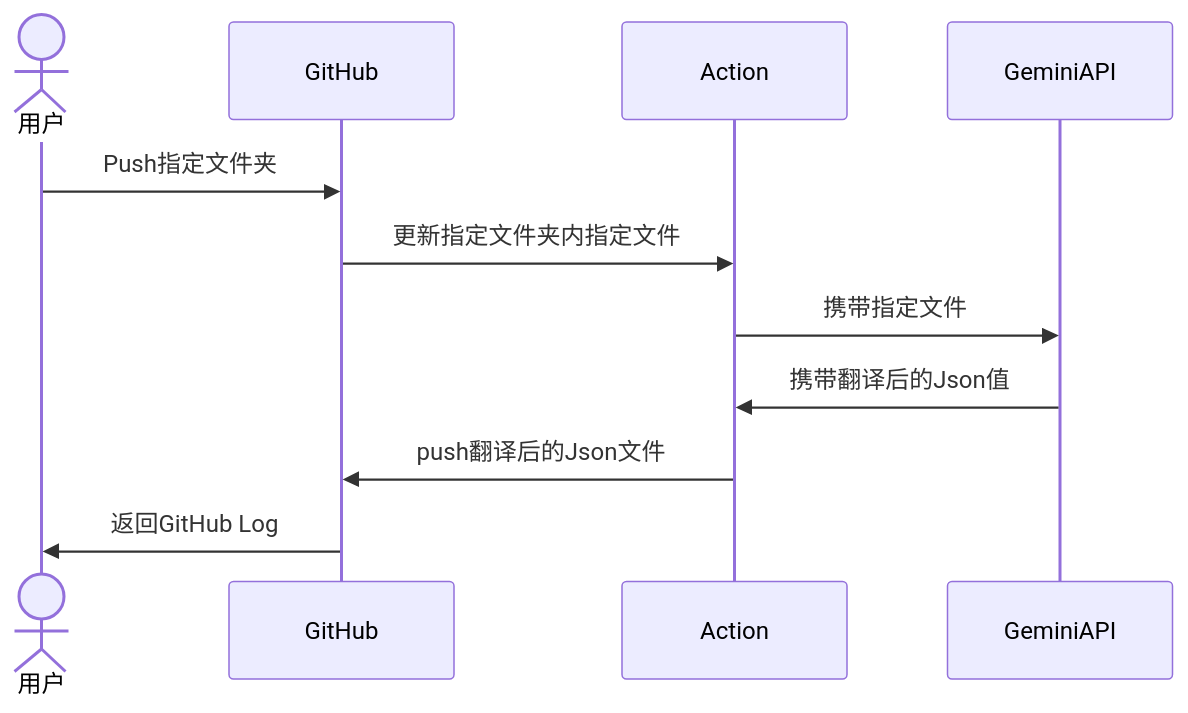
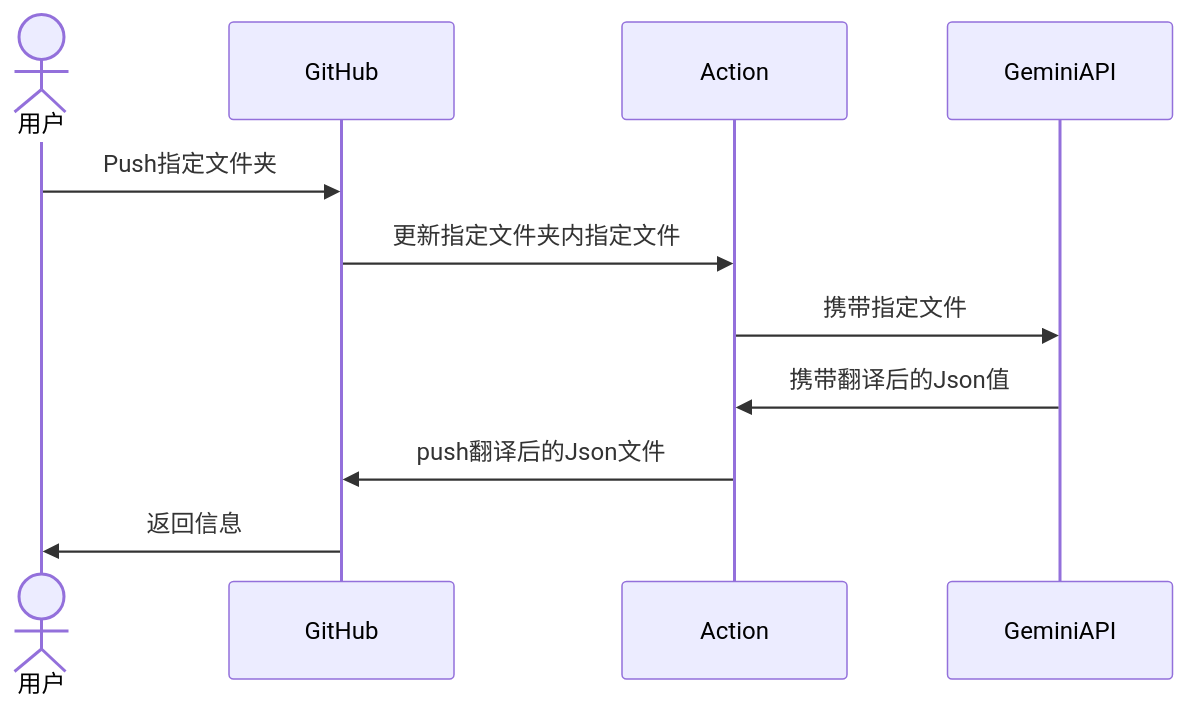
The first of 2 diagrams in Readme.md (ChiYmiya/AotoLanguage), drawn with Mermaid before and after one commit. The commit also changed 6 other files, not shown here.

````diff
--- a/Readme.md
+++ b/Readme.md
@@ -7,10 +7,10 @@
 ```mermaid
 sequenceDiagram
     actor 用户
     用户->>GitHub:Push指定文件夹
     GitHub->>Action:更新指定文件夹内指定文件
     Action->>GeminiAPI:携带指定文件
     GeminiAPI->>Action:携带翻译后的Json值
     Action->>GitHub:push翻译后的Json文件
-    GitHub->>用户:返回GitHub Log
+    GitHub->>用户:返回信息
 ```
````
